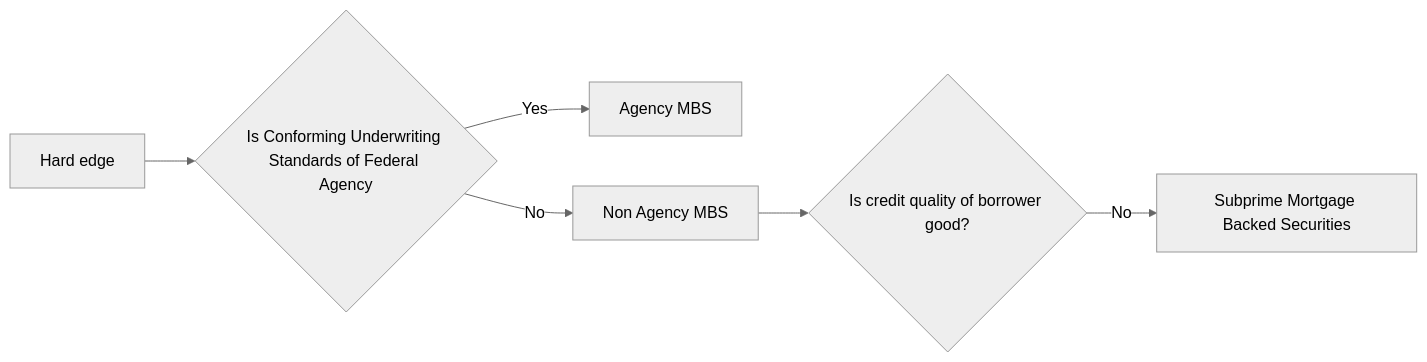
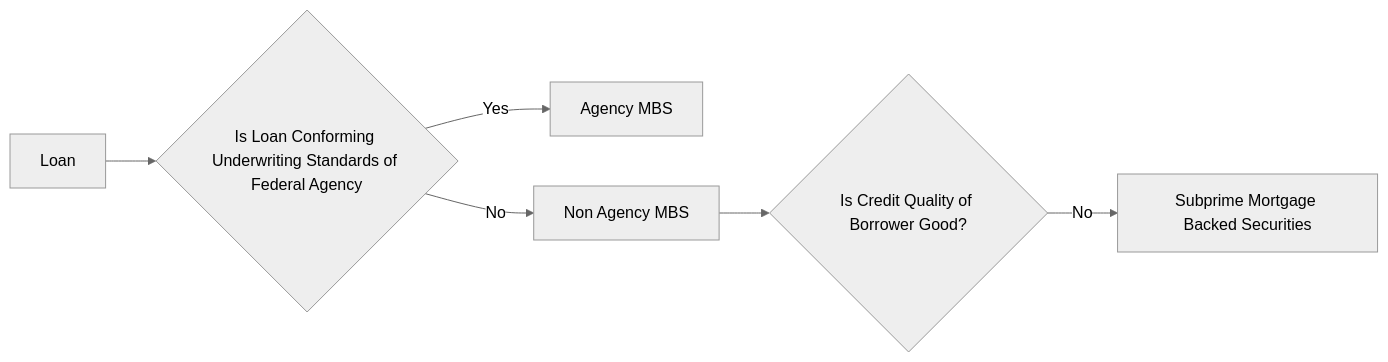
Before and after one commit to tommandru/tommandru.github.io: the diagram in fixed_income/Introduction.qmd, drawn with Mermaid (neutral theme). The commit also changed 2 other files, not shown here.

Commit message:
First Chapter Documented

````diff
--- a/fixed_income/Introduction.qmd
+++ b/fixed_income/Introduction.qmd
@@ -22,9 +22,9 @@
 ```{mermaid}
 %%| label: fig-MBS
 %%| fig-cap: "Mortgage Backed Securities Classification"
 flowchart LR
-  A[Hard edge] --> C{Is Conforming Underwriting Standards of Federal Agency}
+  A[Loan] --> C{Is Loan Conforming Underwriting Standards of Federal Agency}
   C -->|Yes| D[Agency MBS] 
-  C -->|No|E[Non Agency MBS] --> F{Is credit quality of borrower good?}
+  C -->|No|E[Non Agency MBS] --> F{Is Credit Quality of Borrower Good?}
   F -->|No| G[Subprime Mortgage Backed Securities]
 ```
````
